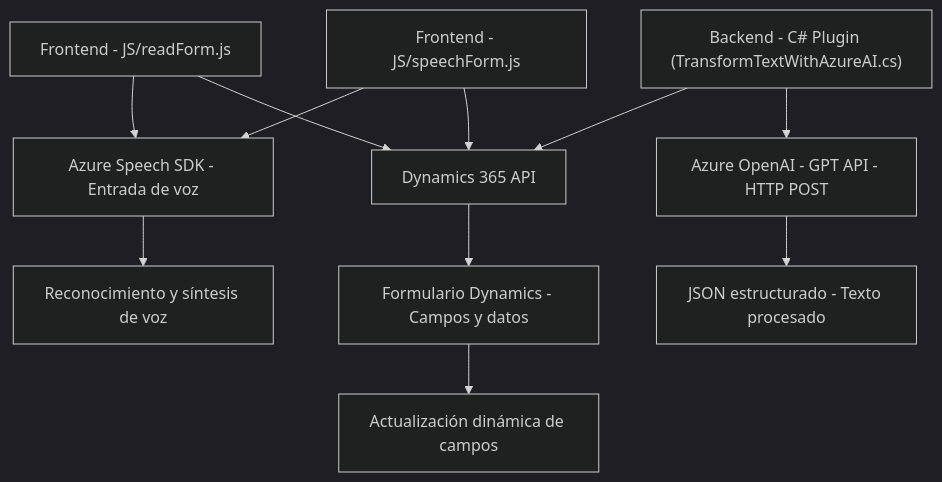
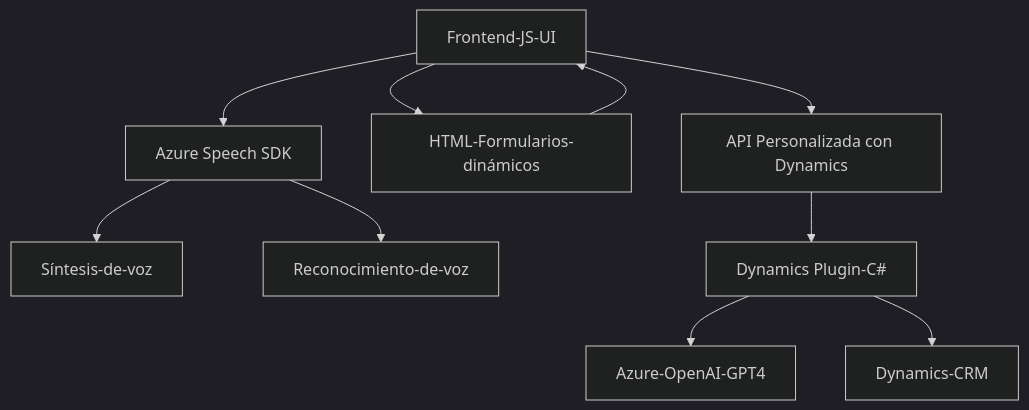
Before and after one commit to blopezdm/NETCORE_BILBAO2025: the diagram in README.md, drawn with Mermaid (dark theme). The commit also changed other lines of this file, not shown here.

Commit message:
Actualizar análisis global de la solución con IA

````diff
--- a/README.md
+++ b/README.md
@@ -40,14 +40,12 @@
 ```mermaid
 graph TD
-    A["Frontend - JS/readForm.js"] --> B["Azure Speech SDK - Entrada de voz"]
-    A --> C["Dynamics 365 API"]
-    D["Frontend - JS/speechForm.js"] --> B
-    D --> C
-    E["Backend - C# Plugin (TransformTextWithAzureAI.cs)"] --> C
-    E --> F["Azure OpenAI - GPT API - HTTP POST"]
-
-    C --> G["Formulario Dynamics - Campos y datos"]
-    B --> H["Reconocimiento y síntesis de voz"]
-    F --> I["JSON estructurado - Texto procesado"]
-    G --> G2["Actualización dinámica de campos"]
+    A["Frontend-JS-UI"] --> B["Azure Speech SDK"]
+    A["Frontend-JS-UI"] --> C["HTML-Formularios-dinámicos"]
+    A["Frontend-JS-UI"] --> D["API Personalizada con Dynamics"]
+    B["Azure Speech SDK"] --> E["Síntesis-de-voz"]
+    B["Azure Speech SDK"] --> F["Reconocimiento-de-voz"]
+    D["API Personalizada con Dynamics"] --> G["Dynamics Plugin-C#"]
+    G["Dynamics Plugin-C#"] --> H["Azure-OpenAI-GPT4"]
+    G["Dynamics Plugin-C#"] --> I["Dynamics-CRM"]
+    C["HTML-Formularios-dinámicos"] --> A
 ```
````
